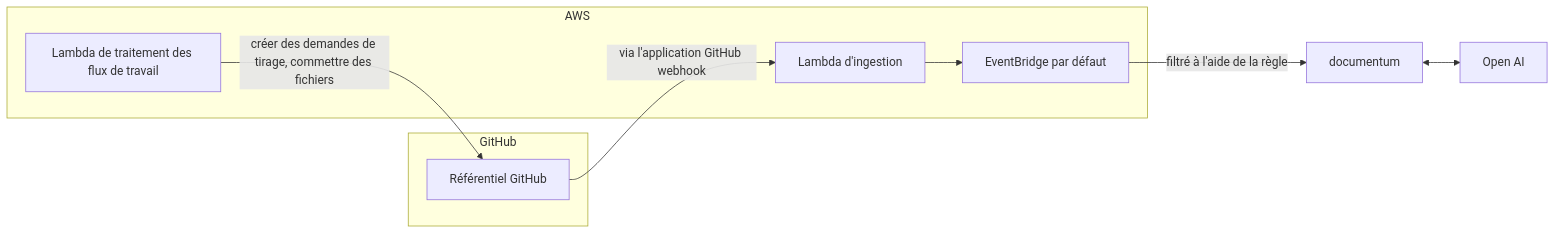
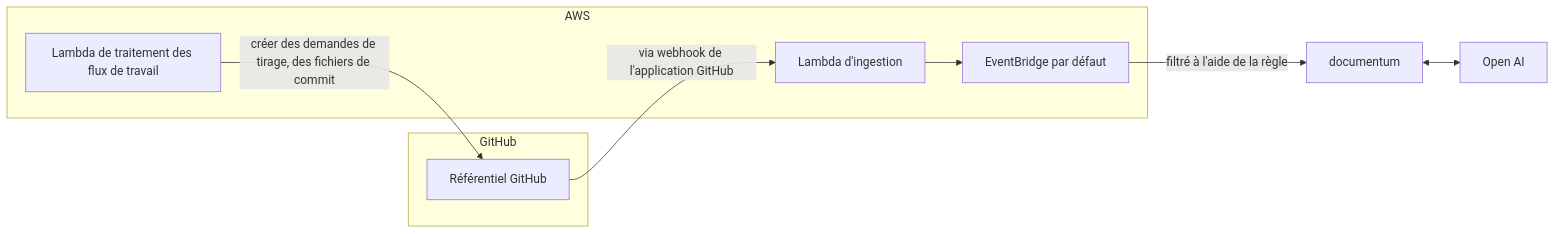
One commit to todoengineering/EvergreenDocs changed the diagram in README.fr.md. Above: the diagram before and after it, drawn with Mermaid. The commit also changed other lines of this file, not shown here.

````diff
--- a/README.fr.md
+++ b/README.fr.md
@@ -88,18 +88,18 @@
 ```mermaid
 graph LR
   subgraph GitHub
     githubRepo[Référentiel GitHub]
   end
 
   subgraph AWS
     ingest[Lambda d'ingestion]
     defaultEventBridge[EventBridge par défaut]
     workflowProcessor[Lambda de traitement des flux de travail]
   end
 
   openAi[Open AI]
 
 
-  githubRepo -- via l'application GitHub webhook --> ingest --> defaultEventBridge -- filtré à l'aide de la règle --> documentum <--> openAi
-  workflowProcessor -- créer des demandes de tirage, commettre des fichiers --> githubRepo
+  githubRepo -- via webhook de l'application GitHub --> ingest --> defaultEventBridge -- filtré à l'aide de la règle --> documentum <--> openAi
+  workflowProcessor -- créer des demandes de tirage, des fichiers de commit --> githubRepo
 ```
````
